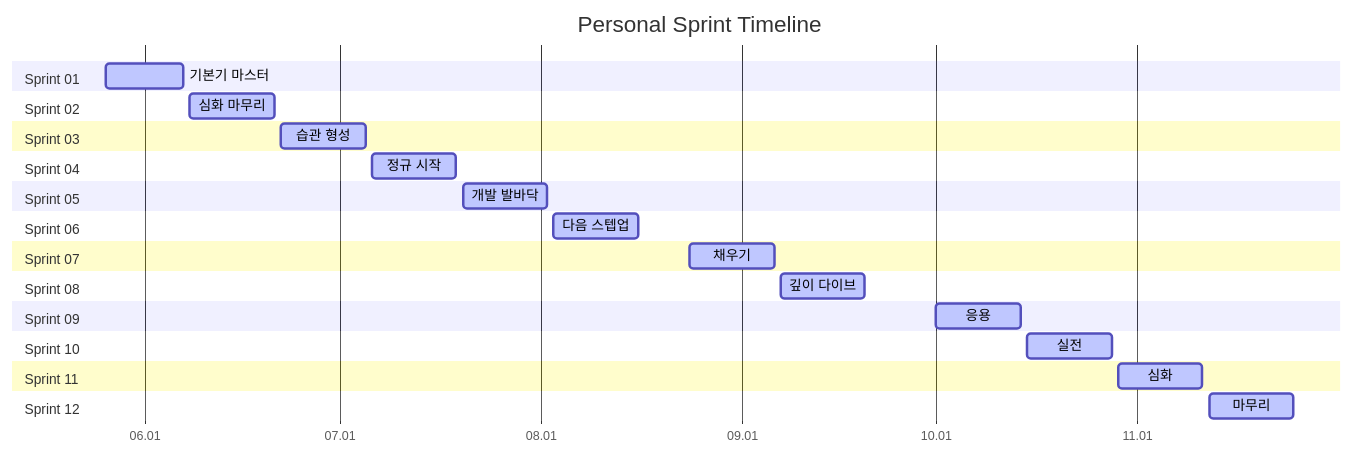
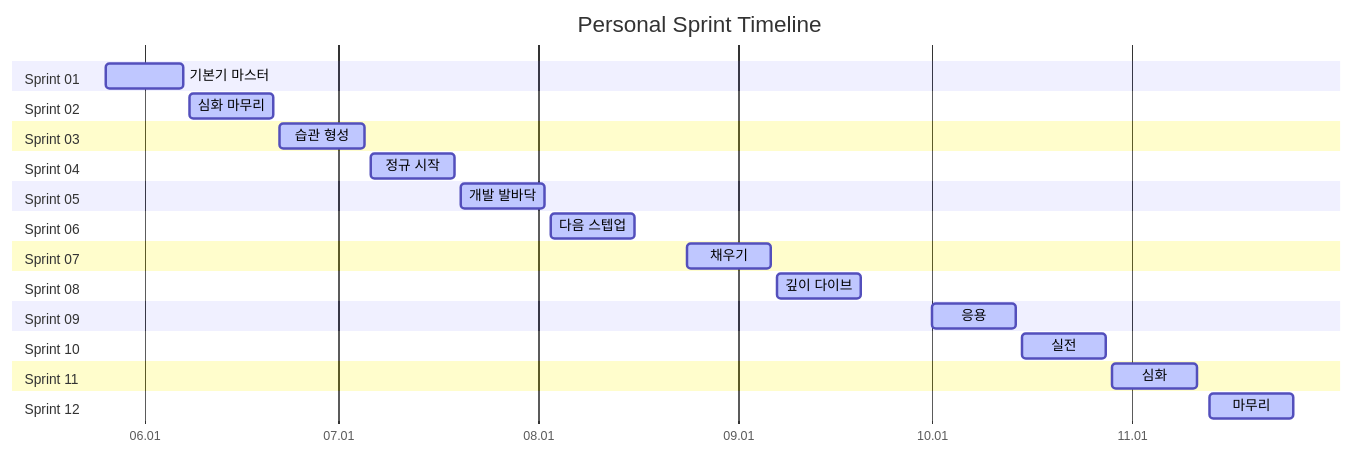
The diagram in README.md (Vryez11/personal-sprint), drawn with Mermaid before and after one commit. The commit also changed other lines of this file and 1 other file, not shown here.

Commit message:
sprint12: 날짜 수정 및 목표 작성

````diff
--- a/README.md
+++ b/README.md
@@ -12,30 +12,30 @@
 ```mermaid
 gantt
     title Personal Sprint Timeline
     dateFormat YYYY-MM-DD
     axisFormat %m.%d
     section Sprint 01
     기본기 마스터 :active, s1, 2026-05-26, 2026-06-07
     section Sprint 02
     심화 마무리 :active, s2, 2026-06-08, 2026-06-21
     section Sprint 03
     습관 형성 :active, s3, 2026-06-22, 2026-07-05
     section Sprint 04
     정규 시작 :active, s4, 2026-07-06, 2026-07-19
     section Sprint 05
     개발 발바닥 :active, s5, 2026-07-20, 2026-08-02
     section Sprint 06
     다음 스텝업 :active, s6, 2026-08-03, 2026-08-16
     section Sprint 07
     채우기 :active, s7, 2026-08-24, 2026-09-06
     section Sprint 08
     깊이 다이브 :active, s8, 2026-09-07, 2026-09-20
     section Sprint 09
     응용 :active, s9, 2026-10-01, 2026-10-14
     section Sprint 10
     실전 :active, s10, 2026-10-15, 2026-10-28
     section Sprint 11
     심화 :active, s11, 2026-10-29, 2026-11-11
     section Sprint 12
-    마무리 :active, s12, 2026-11-12, 2026-11-25
+    마무리 :active, s12, 2026-11-13, 2026-11-26
 ```
````
